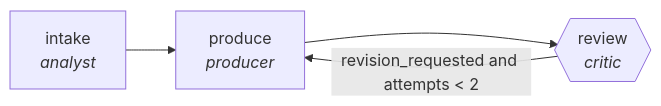
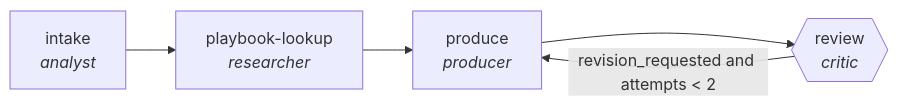
Before and after one commit to ypollak2/agenticgraphs: the diagram in docs/traces/contract-redline-pipeline.md, drawn with Mermaid. The commit also changed other lines of this file and 62 other files, not shown here.

````diff
--- a/docs/traces/contract-redline-pipeline.md
+++ b/docs/traces/contract-redline-pipeline.md
@@ -10,9 +10,11 @@
 ```mermaid
 flowchart LR
     N0["intake<br/><i>analyst</i>"]
-    N1["produce<br/><i>producer</i>"]
-    N2{{"review<br/><i>critic</i>"}}
+    N1["playbook-lookup<br/><i>researcher</i>"]
+    N2["produce<br/><i>producer</i>"]
+    N3{{"review<br/><i>critic</i>"}}
     N0 --> N1
     N1 --> N2
-    N2 -->|revision_requested and attempts < 2| N1
+    N2 --> N3
+    N3 -->|revision_requested and attempts < 2| N2
 ```
````
